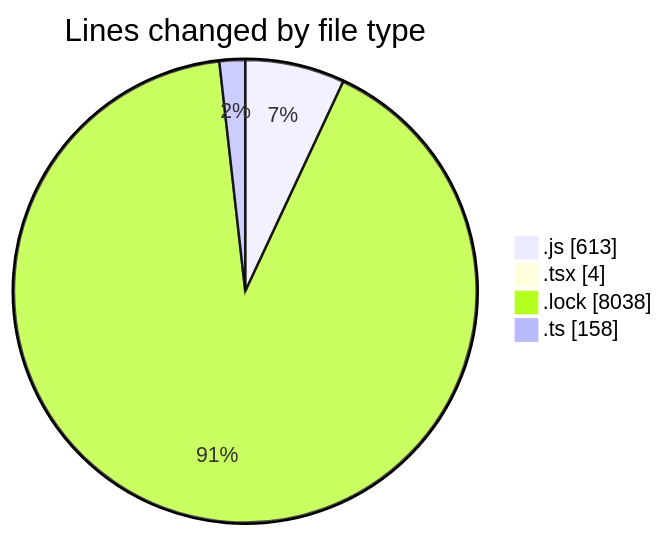
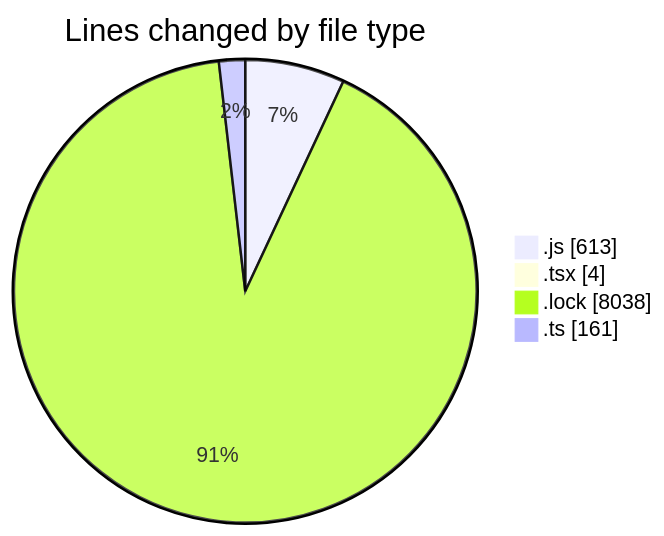
Before and after one commit to momahboobian/code-tracking: the first of 2 diagrams in 2025-03-11/cda/README.md, drawn with Mermaid. The commit also changed other lines of this file and 1 other file, not shown here.

````diff
--- a/2025-03-11/cda/README.md
+++ b/2025-03-11/cda/README.md
@@ -31,8 +31,8 @@
 ```mermaid
 pie showData
 title Lines changed by file type
 ".js" : 613
 ".tsx" : 4
 ".lock" : 8038
-".ts" : 158
+".ts" : 161
 ```
````
